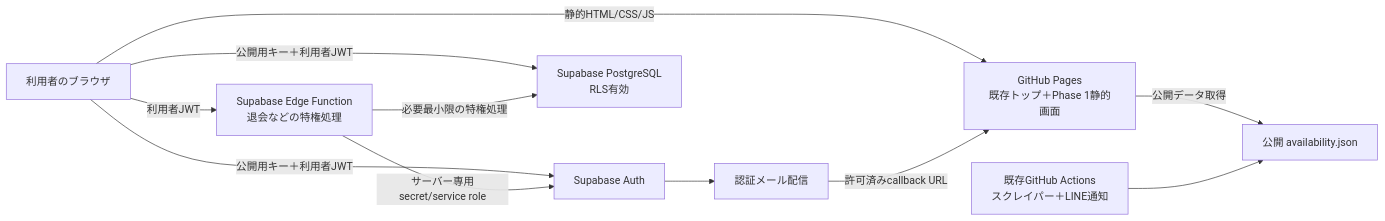
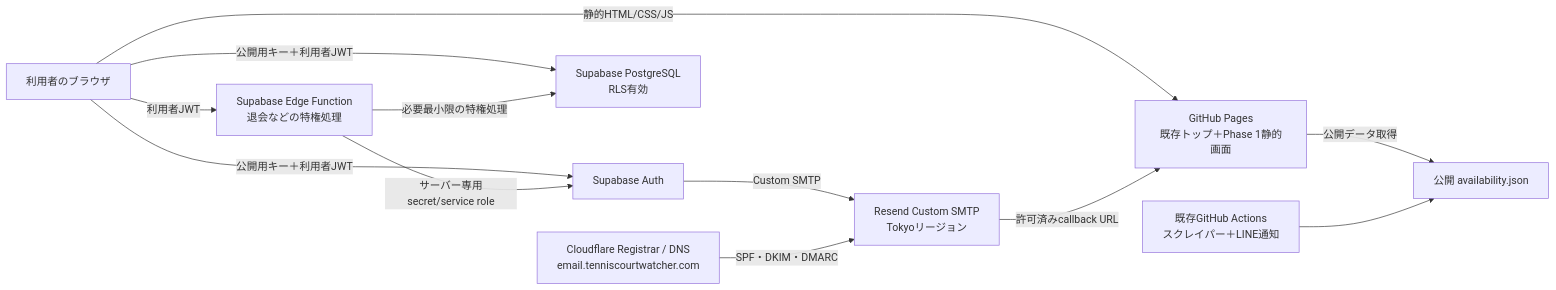
Before and after one commit to mtddzd5vw2-gif/kagoshima-tennis-alert: the first of 3 diagrams in docs/PHASE1_AUTH_DESIGN.md, drawn with Mermaid. The commit also changed other lines of this file and 4 other files, not shown here.

````diff
--- a/docs/PHASE1_AUTH_DESIGN.md
+++ b/docs/PHASE1_AUTH_DESIGN.md
@@ -110,22 +115,24 @@
 ```mermaid
 flowchart LR
     U["利用者のブラウザ"]
     P["GitHub Pages<br>既存トップ＋Phase 1静的画面"]
     J["公開 availability.json"]
     A["Supabase Auth"]
     D["Supabase PostgreSQL<br>RLS有効"]
     F["Supabase Edge Function<br>退会などの特権処理"]
-    M["認証メール配信"]
+    M["Resend Custom SMTP<br>Tokyoリージョン"]
+    C["Cloudflare Registrar / DNS<br>email.tenniscourtwatcher.com"]
     G["既存GitHub Actions<br>スクレイパー＋LINE通知"]
 
     U -->|"静的HTML/CSS/JS"| P
     P -->|"公開データ取得"| J
     U -->|"公開用キー＋利用者JWT"| A
     U -->|"公開用キー＋利用者JWT"| D
     U -->|"利用者JWT"| F
     F -->|"サーバー専用secret/service role"| A
     F -->|"必要最小限の特権処理"| D
-    A --> M
+    A -->|"Custom SMTP"| M
+    C -->|"SPF・DKIM・DMARC"| M
     M -->|"許可済みcallback URL"| P
     G --> J
 ```
````
